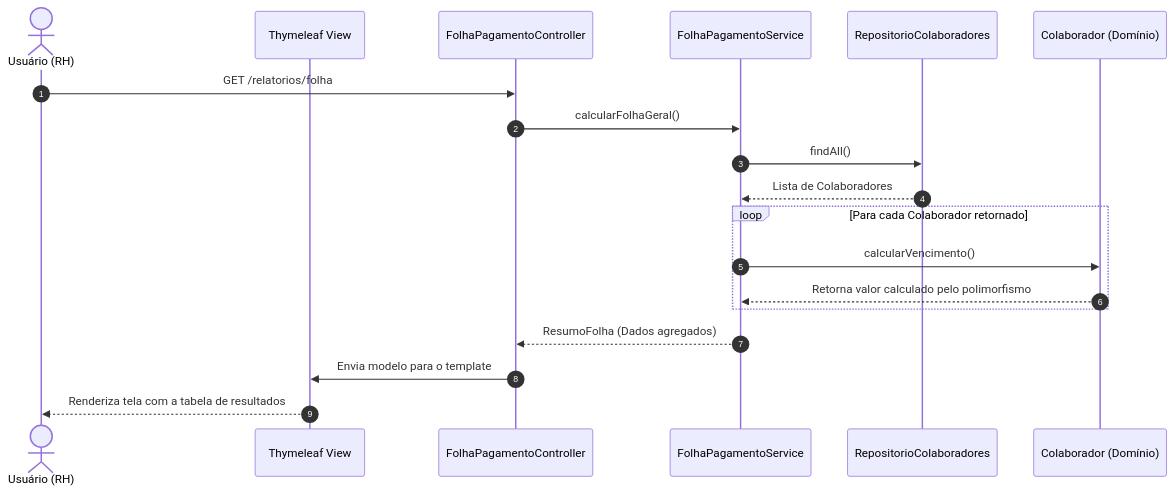
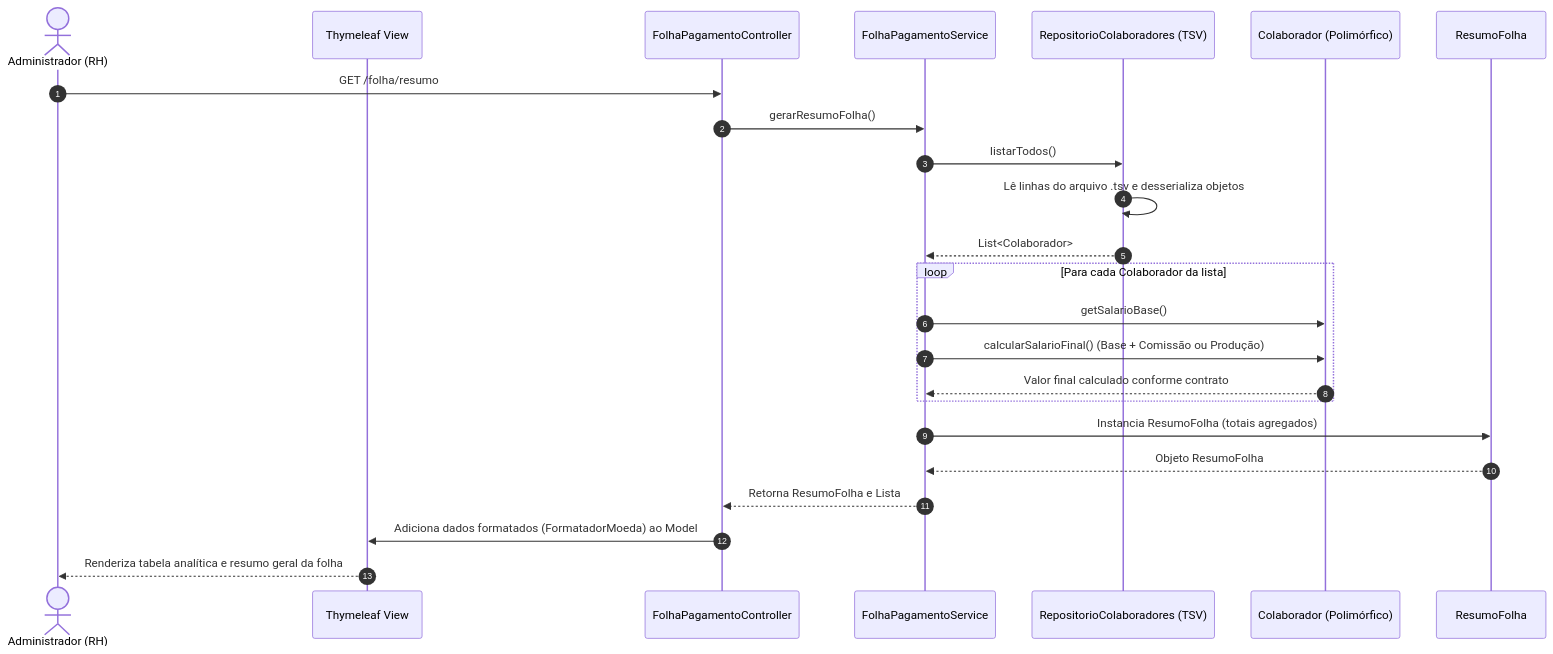
One commit to aruwer/FolhaPagamento changed the fourth of 5 diagrams in docs/Arquitetura.md. Above: the diagram before and after it, drawn with Mermaid. The commit also changed other lines of this file and 1 other file, not shown here.

Commit message:
docs(qds): refina Arquitetura e PGQ com formulas, escopo JaCoCo e matriz de severidade pos-feedback

````diff
--- a/docs/Arquitetura.md
+++ b/docs/Arquitetura.md
@@ -115,24 +192,29 @@
 ```mermaid
 sequenceDiagram
     autonumber
-    actor RH as Usuário (RH)
+    actor Admin as Administrador (RH)
     participant View as Thymeleaf View
     participant Control as FolhaPagamentoController
     participant Service as FolhaPagamentoService
-    participant Repo as RepositorioColaboradores
-    participant Model as Colaborador (Domínio)
+    participant Repo as RepositorioColaboradores (TSV)
+    participant Domain as Colaborador (Polimórfico)
+    participant Resumo as ResumoFolha
 
-    RH->>Control: GET /relatorios/folha
-    Control->>Service: calcularFolhaGeral()
-    Service->>Repo: findAll()
-    Repo-->>Service: Lista de Colaboradores
+    Admin->>Control: GET /folha/resumo
+    Control->>Service: gerarResumoFolha()
+    Service->>Repo: listarTodos()
+    Repo->>Repo: Lê linhas do arquivo .tsv e desserializa objetos
+    Repo-->>Service: List<Colaborador>
     
-    loop Para cada Colaborador retornado
-        Service->>Model: calcularVencimento()
-        Model-->>Service: Retorna valor calculado pelo polimorfismo
+    loop Para cada Colaborador da lista
+        Service->>Domain: getSalarioBase()
+        Service->>Domain: calcularSalarioFinal() (Base + Comissão ou Produção)
+        Domain-->>Service: Valor final calculado conforme contrato
     end
     
-    Service-->>Control: ResumoFolha (Dados agregados)
-    Control->>View: Envia modelo para o template
-    View-->>RH: Renderiza tela com a tabela de resultados
+    Service->>Resumo: Instancia ResumoFolha (totais agregados)
+    Resumo-->>Service: Objeto ResumoFolha
+    Service-->>Control: Retorna ResumoFolha e Lista
+    Control->>View: Adiciona dados formatados (FormatadorMoeda) ao Model
+    View-->>Admin: Renderiza tabela analítica e resumo geral da folha
 ```
````
